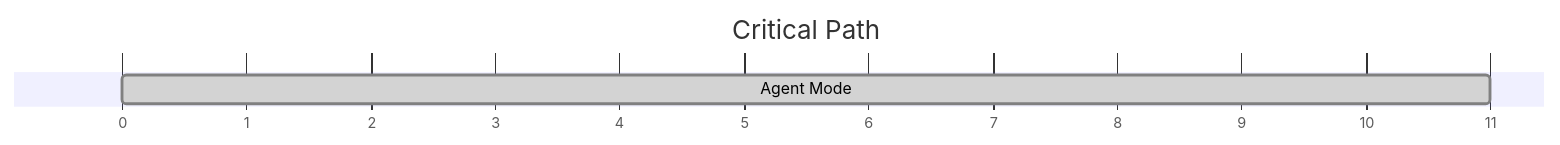
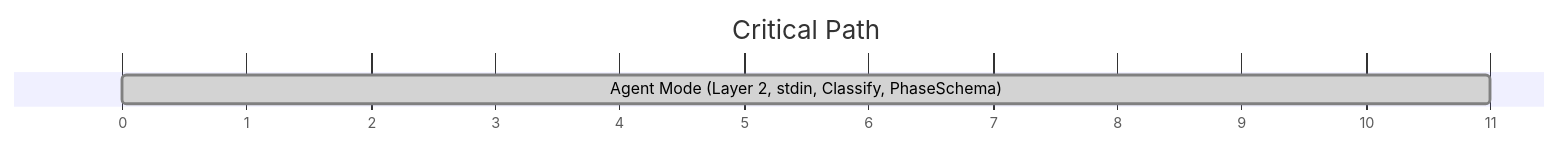
Before and after one commit to gforge-esc/gwrk: the second of 2 diagrams in specs/000-build-plan.md, drawn with Mermaid. The commit also changed other lines of this file and 2 other files, not shown here.

First line of the commit message:
chore: delete stale ROADMAP.md, replaced by gwrk plan

````diff
--- a/specs/000-build-plan.md
+++ b/specs/000-build-plan.md
@@ -76,8 +79,8 @@
 ```mermaid
 gantt
     title Critical Path
     dateFormat X
     axisFormat %s
 
-    Agent Mode                :done, F013_P3, 0, 11
+    Agent Mode (Layer 2, stdin, Classify, PhaseSchema) :done, 013_agent_native_interface_phase_03, 0, 11
 ```
````
